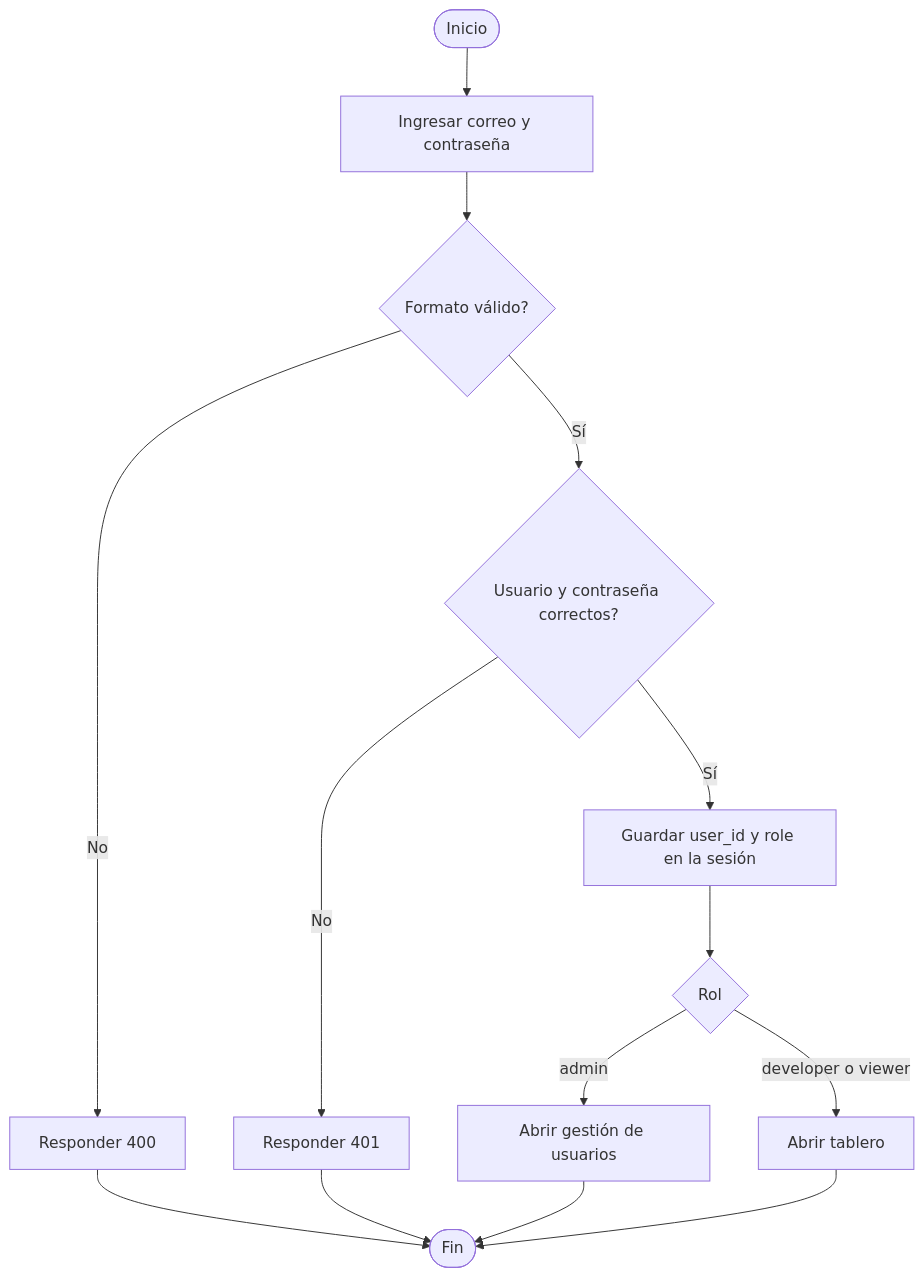
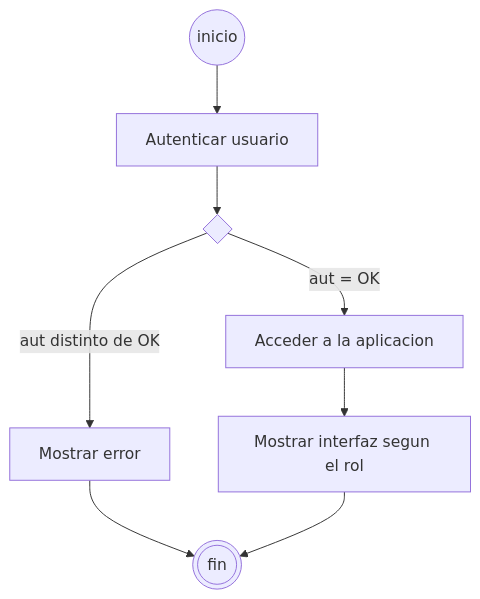
One commit to moisescb123/TaskFlowDevops changed the fifth of 12 diagrams in README.md. Above: the diagram before and after it, drawn with Mermaid. The commit also changed other lines of this file, not shown here.

First line of the commit message:
docs: align README system models with week-5 UML notation.

````diff
--- a/README.md
+++ b/README.md
@@ -211,16 +171,10 @@
 ```mermaid
 flowchart TD
-  inicio([Inicio]) --> form[Ingresar correo y contraseña]
-  form --> formato{Formato válido?}
-  formato -->|No| e400[Responder 400]
-  formato -->|Sí| cred{Usuario y contraseña correctos?}
-  cred -->|No| e401[Responder 401]
-  cred -->|Sí| sesion[Guardar user_id y role en la sesión]
-  sesion --> rol{Rol}
-  rol -->|admin| admin[Abrir gestión de usuarios]
-  rol -->|developer o viewer| board[Abrir tablero]
-  e400 --> fin([Fin])
-  e401 --> fin
-  admin --> fin
-  board --> fin
+  inicio((inicio)) --> autenticar[Autenticar usuario]
+  autenticar --> decisionAut{ }
+  decisionAut -->|aut = OK| acceso[Acceder a la aplicacion]
+  decisionAut -->|aut distinto de OK| error[Mostrar error]
+  acceso --> interfaz[Mostrar interfaz segun el rol]
+  error --> fin(((fin)))
+  interfaz --> fin
 ```
````
